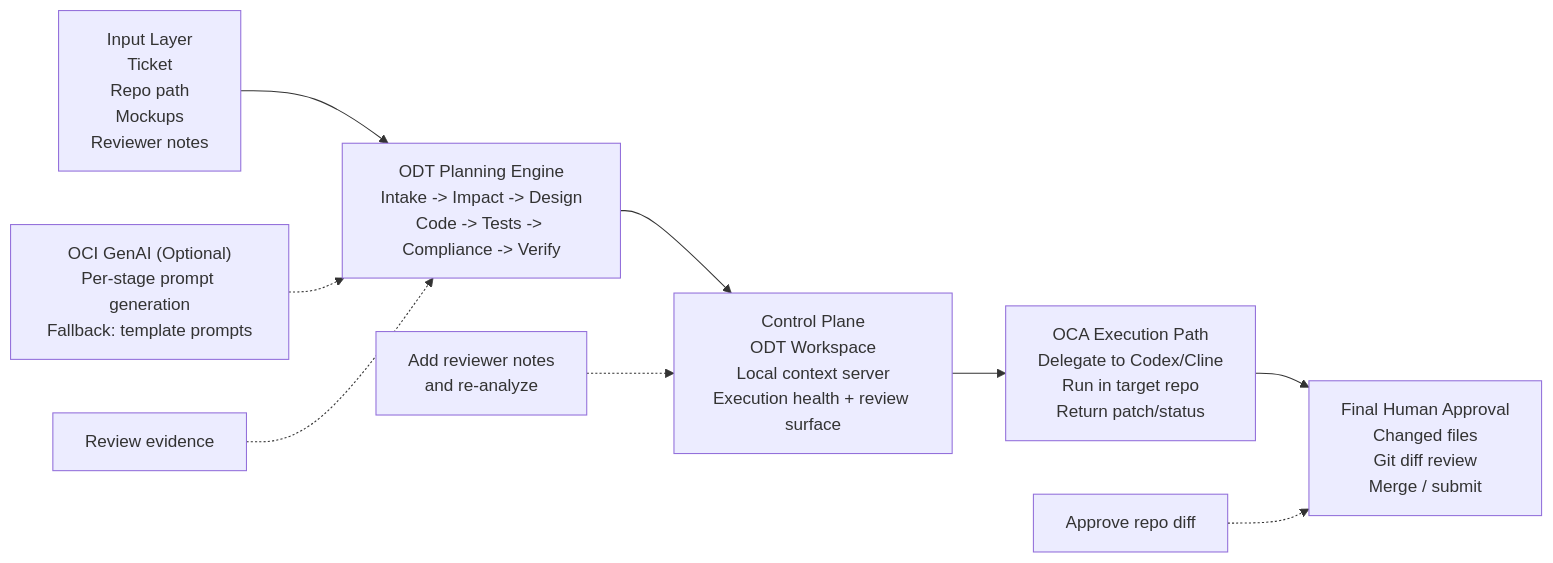
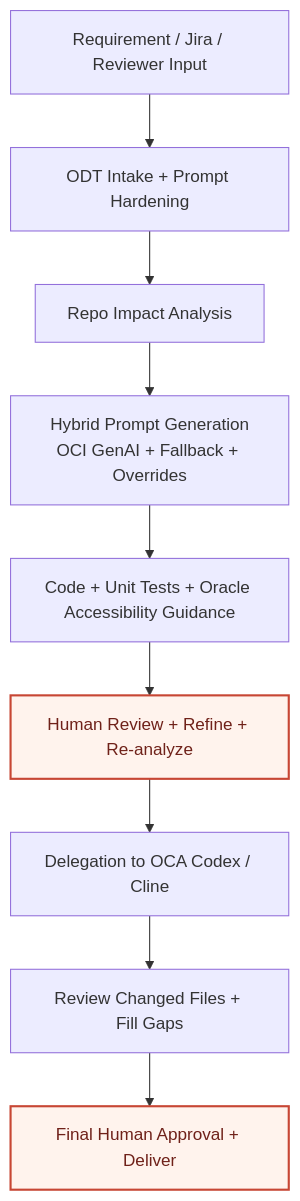
Before and after one commit to vijayn541995/odt-submission: the diagram in submission/Oracle-Developer-Twin-Architecture-Slide.md, drawn with Mermaid. The commit also changed other lines of this file and 250 other files, not shown here.

````diff
--- a/submission/Oracle-Developer-Twin-Architecture-Slide.md
+++ b/submission/Oracle-Developer-Twin-Architecture-Slide.md
@@ -33,13 +46,14 @@
 ```mermaid
-flowchart LR
-    A["Input Layer<br/>Ticket<br/>Repo path<br/>Mockups<br/>Reviewer notes"] --> B["ODT Planning Engine<br/>Intake -> Impact -> Design<br/>Code -> Tests -> Compliance -> Verify"]
-    B --> C["Control Plane<br/>ODT Workspace<br/>Local context server<br/>Execution health + review surface"]
-    C --> D["OCA Execution Path<br/>Delegate to Codex/Cline<br/>Run in target repo<br/>Return patch/status"]
-    D --> E["Final Human Approval<br/>Changed files<br/>Git diff review<br/>Merge / submit"]
+flowchart TD
+    A["Requirement / Jira / Reviewer Input"] --> B["ODT Intake + Prompt Hardening"]
+    B --> C["Repo Impact Analysis"]
+    C --> D["Hybrid Prompt Generation<br/>OCI GenAI + Fallback + Overrides"]
+    D --> E["Code + Unit Tests + Oracle Accessibility Guidance"]
+    E --> F["Human Review + Refine + Re-analyze"]
+    F --> G["Delegation to OCA Codex / Cline"]
+    G --> H["Review Changed Files + Fill Gaps"]
+    H --> I["Final Human Approval + Deliver"]
 
-    O["OCI GenAI (Optional)<br/>Per-stage prompt generation<br/>Fallback: template prompts"] -.-> B
-
-    H1["Review evidence"] -.-> B
-    H2["Add reviewer notes<br/>and re-analyze"] -.-> C
-    H3["Approve repo diff"] -.-> E
+    classDef gate fill:#fff3ed,stroke:#c74634,color:#6f2119,stroke-width:2px;
+    class F,I gate;
 ```
````
